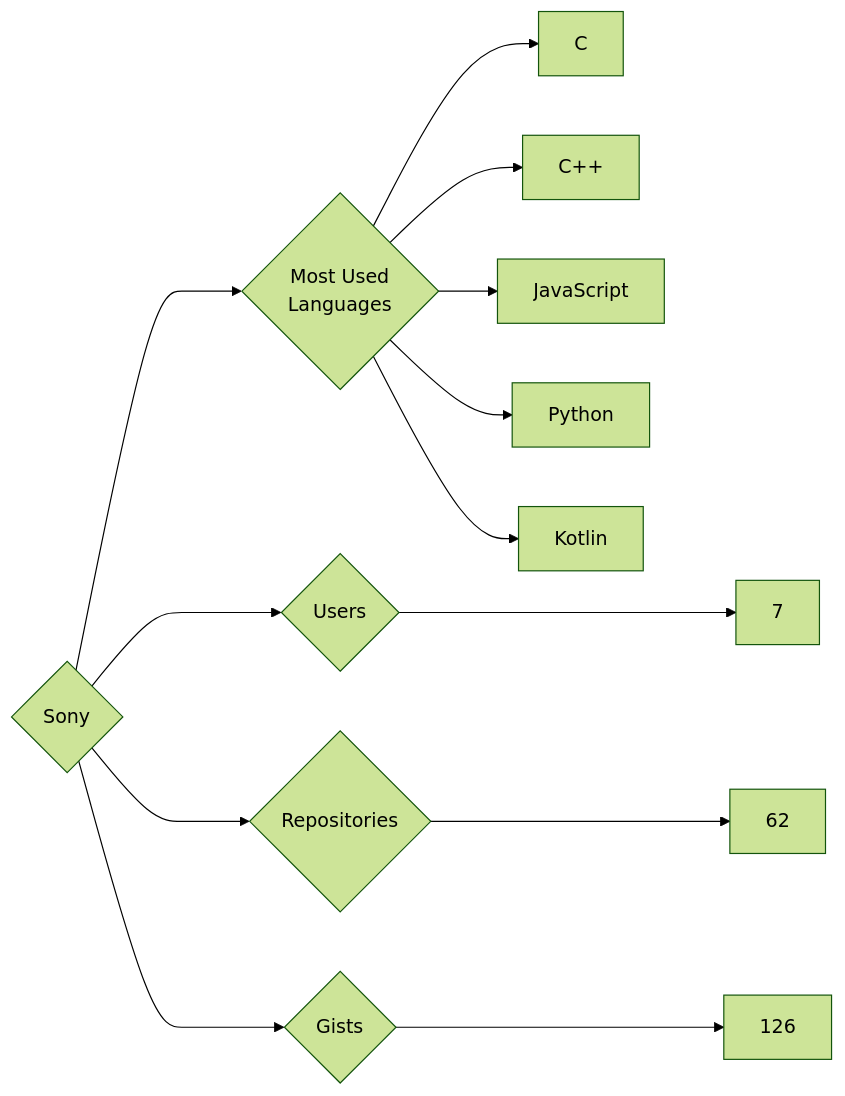
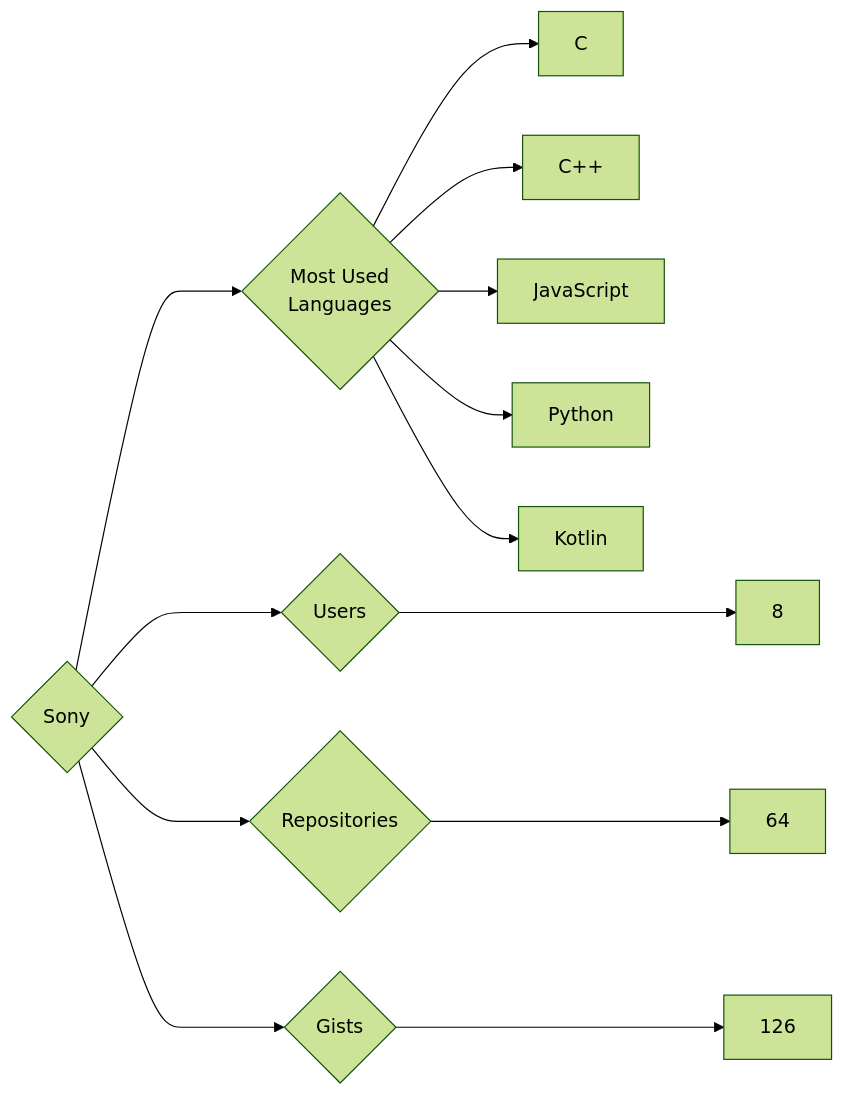
One commit to trickest/insiders changed the diagram in targets/Sony/README.md. Above: the diagram before and after it, drawn with Mermaid (forest theme). The commit also changed 534 other files, not shown here.

````diff
--- a/targets/Sony/README.md
+++ b/targets/Sony/README.md
@@ -3,13 +3,13 @@
 ```mermaid
 graph LR
 COMPANY_NAME{Sony}
-COMPANY_NAME ---> U{Users} ---> UN[7]
-COMPANY_NAME ---> R{Repositories} ---> RN[62]
+COMPANY_NAME ---> U{Users} ---> UN[8]
+COMPANY_NAME ---> R{Repositories} ---> RN[64]
 COMPANY_NAME ---> G{Gists} ---> GN[126]
 COMPANY_NAME ---> ML{Most Used<br>Languages}
 ML --> C[C]
 ML --> C++[C++]
 ML --> JavaScript[JavaScript]
 ML --> Python[Python]
 ML --> Kotlin[Kotlin]
 ```
````
